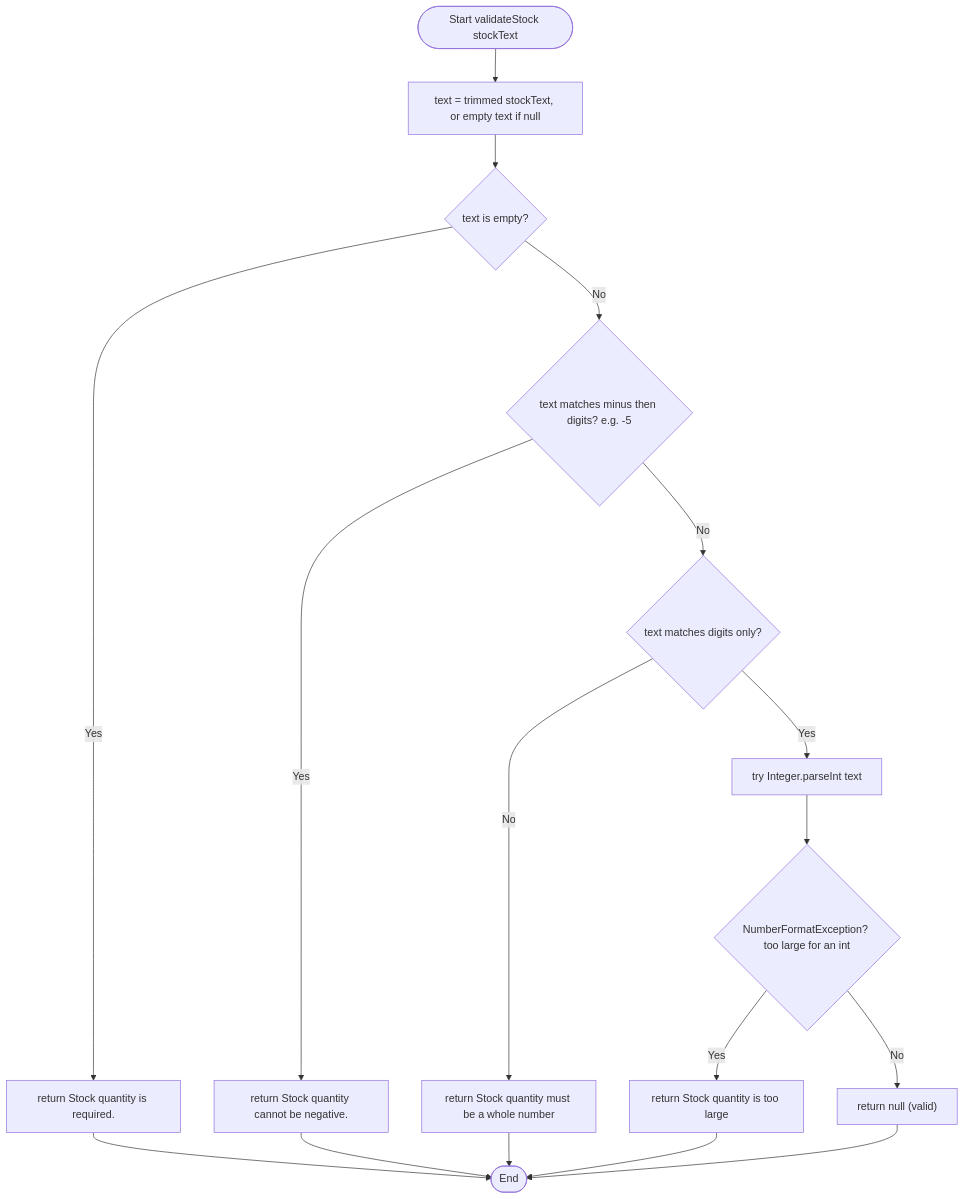
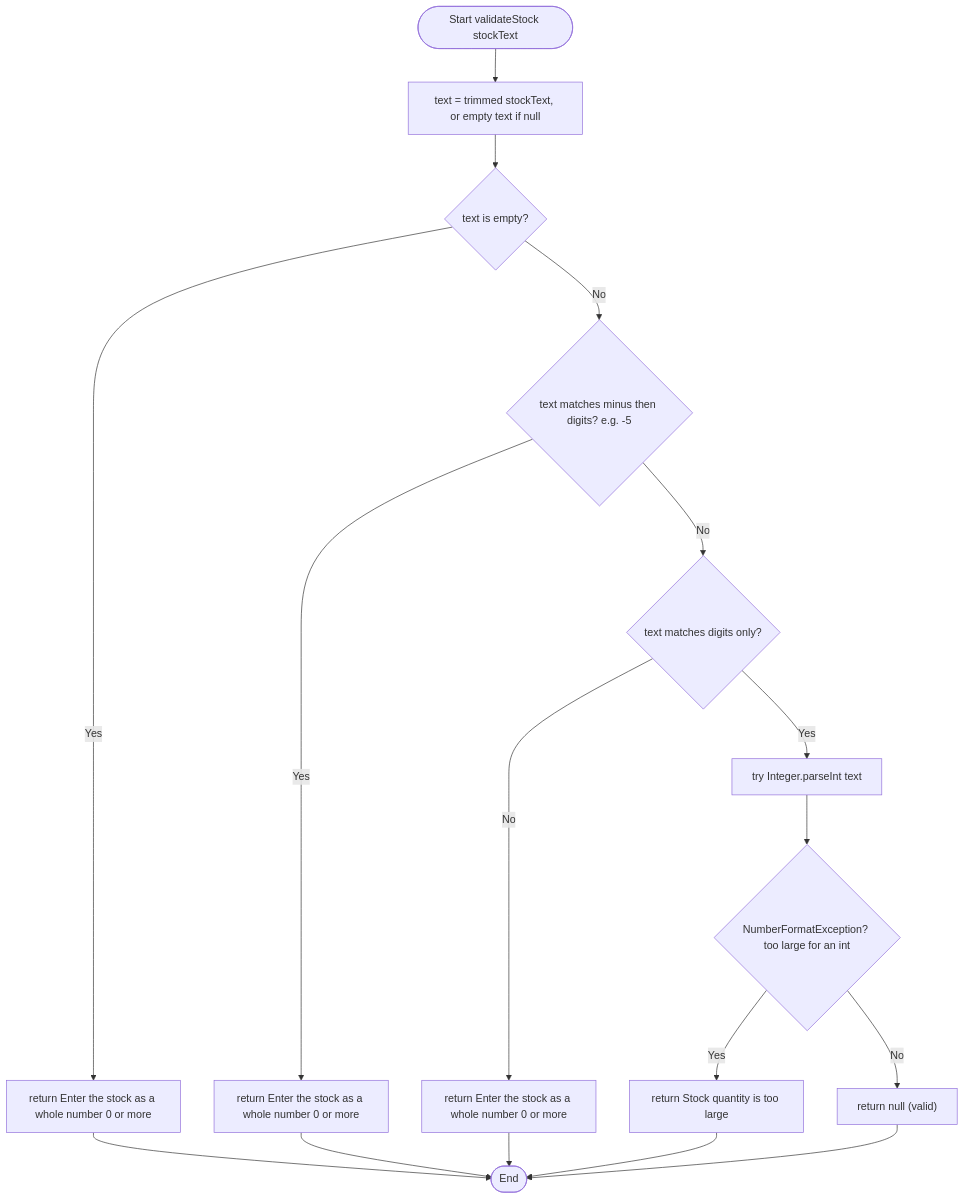
Before and after one commit to sfarshadchoudhury-dot/NC1605-Marketplace: the fifth of 29 diagrams in components/products/docs/04-diagrams.md, drawn with Mermaid. The commit also changed other lines of this file and 3 other files, not shown here.

Commit message:
Update the README, test plan and diagrams for the new screens

````diff
--- a/components/products/docs/04-diagrams.md
+++ b/components/products/docs/04-diagrams.md
@@ -308,19 +312,19 @@
 ```mermaid
 flowchart TD
     A([Start validateStock stockText]) --> B["text = trimmed stockText, or empty text if null"]
     B --> C{"text is empty?"}
-    C -- Yes --> C1["return Stock quantity is required."]
+    C -- Yes --> C1["return Enter the stock as a whole number 0 or more"]
     C -- No --> D{"text matches minus then digits? e.g. -5"}
-    D -- Yes --> D1["return Stock quantity cannot be negative."]
+    D -- Yes --> D1["return Enter the stock as a whole number 0 or more"]
     D -- No --> E{"text matches digits only?"}
-    E -- No --> E1["return Stock quantity must be a whole number"]
+    E -- No --> E1["return Enter the stock as a whole number 0 or more"]
     E -- Yes --> F["try Integer.parseInt text"]
     F --> G{"NumberFormatException? too large for an int"}
     G -- Yes --> G1["return Stock quantity is too large"]
     G -- No --> H["return null (valid)"]
     C1 --> Z([End])
     D1 --> Z
     E1 --> Z
     G1 --> Z
     H --> Z
 ```
````
